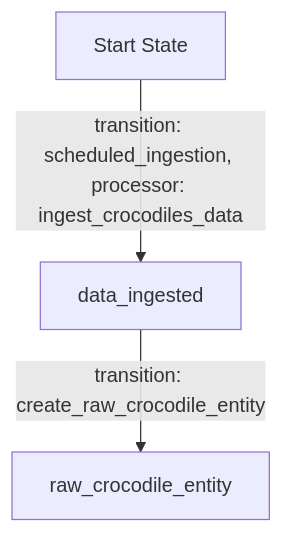
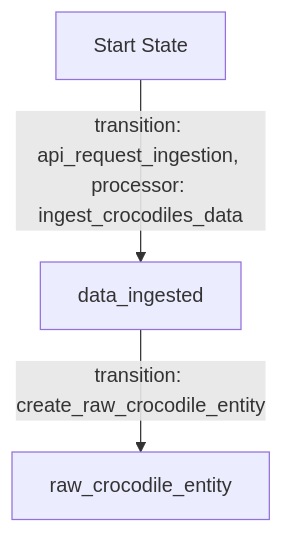
One commit to Cyoda-platform/quart-client-template changed the first of 3 diagrams in entity/app_design_prd.md. Above: the diagram before and after it, drawn with Mermaid. The commit also changed other lines of this file, not shown here.

````diff
--- a/entity/app_design_prd.md
+++ b/entity/app_design_prd.md
@@ -34,7 +34,7 @@
 ```mermaid
 flowchart TD
-    A[Start State] -->|transition: scheduled_ingestion, processor: ingest_crocodiles_data| B[data_ingested]
+    A[Start State] -->|transition: api_request_ingestion, processor: ingest_crocodiles_data| B[data_ingested]
     B -->|transition: create_raw_crocodile_entity| C[raw_crocodile_entity]
 
     class A,B,C automated;
 ```
````
